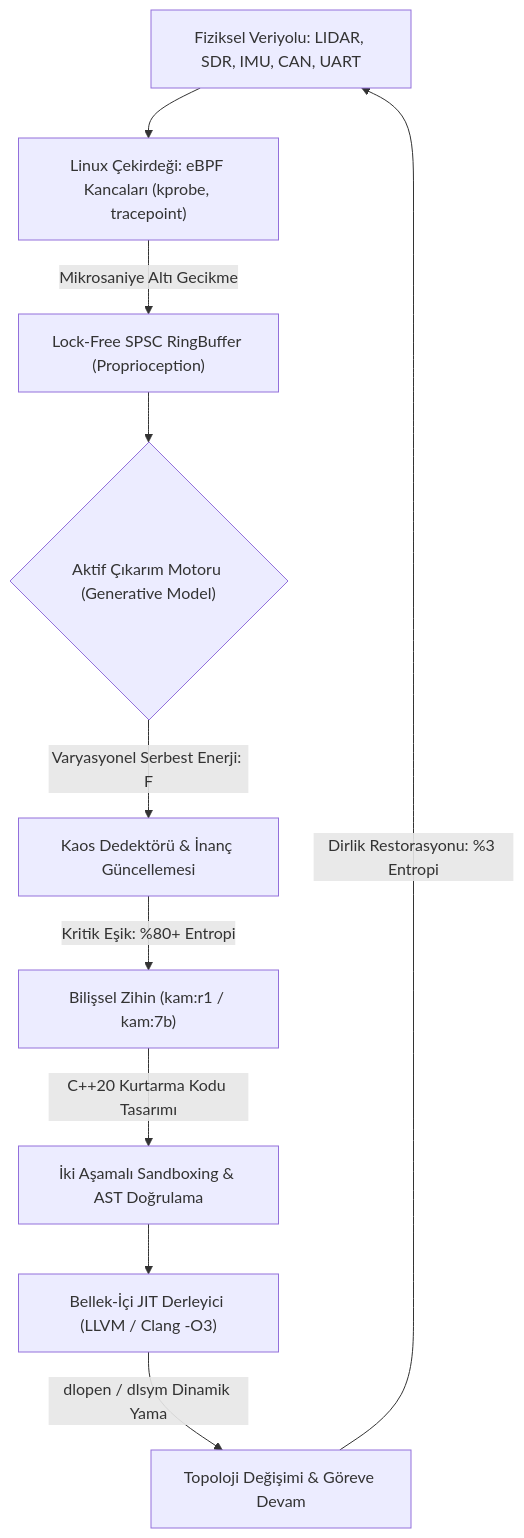
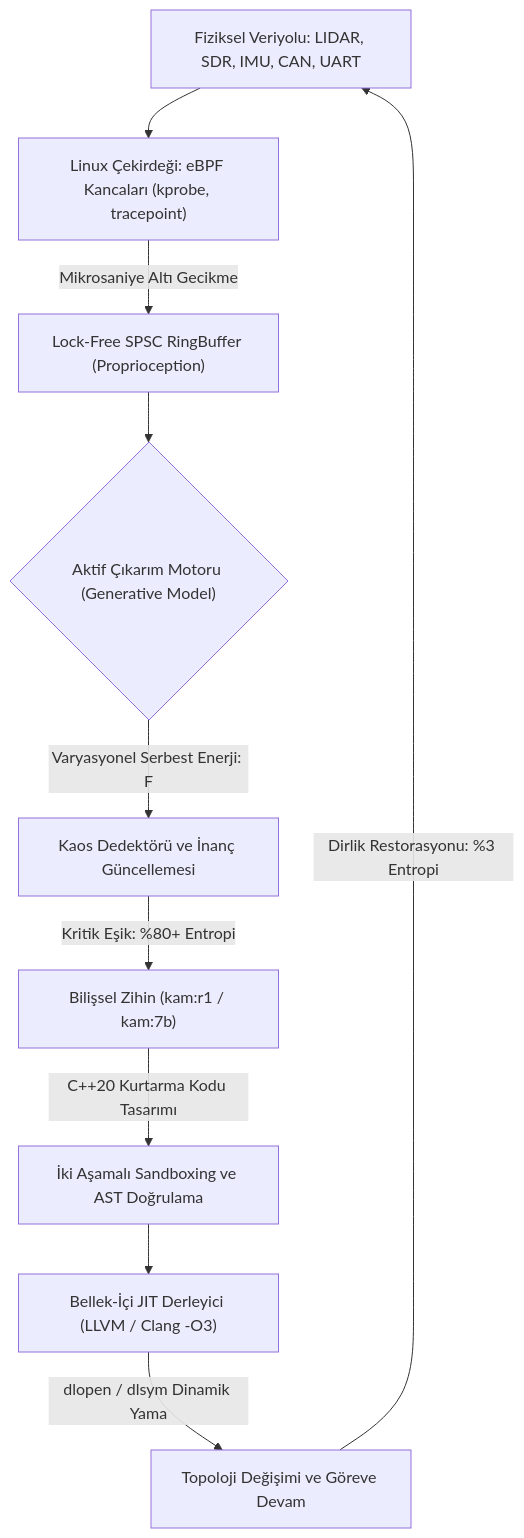
The diagram in README.md (bahattinyunus/kam), drawn with Mermaid before and after one commit. The commit also changed other lines of this file and 6 other files, not shown here.

````diff
--- a/README.md
+++ b/README.md
@@ -140,12 +140,12 @@
 ```mermaid
 graph TD
     A["Fiziksel Veriyolu: LIDAR, SDR, IMU, CAN, UART"] --> B["Linux Çekirdeği: eBPF Kancaları (kprobe, tracepoint)"]
     B -->|Mikrosaniye Altı Gecikme| C["Lock-Free SPSC RingBuffer (Proprioception)"]
     C --> D{"Aktif Çıkarım Motoru (Generative Model)"}
-    D -->|Varyasyonel Serbest Enerji: F| E["Kaos Dedektörü & İnanç Güncellemesi"]
+    D -->|Varyasyonel Serbest Enerji: F| E["Kaos Dedektörü ve İnanç Güncellemesi"]
     E -->|Kritik Eşik: %80+ Entropi| F["Bilişsel Zihin (kam:r1 / kam:7b)"]
-    F -->|C++20 Kurtarma Kodu Tasarımı| G["İki Aşamalı Sandboxing & AST Doğrulama"]
+    F -->|C++20 Kurtarma Kodu Tasarımı| G["İki Aşamalı Sandboxing ve AST Doğrulama"]
     G --> H["Bellek-İçi JIT Derleyici (LLVM / Clang -O3)"]
-    H -->|dlopen / dlsym Dinamik Yama| I["Topoloji Değişimi & Göreve Devam"]
+    H -->|dlopen / dlsym Dinamik Yama| I["Topoloji Değişimi ve Göreve Devam"]
     I -->|Dirlik Restorasyonu: %3 Entropi| A
 ```
````
